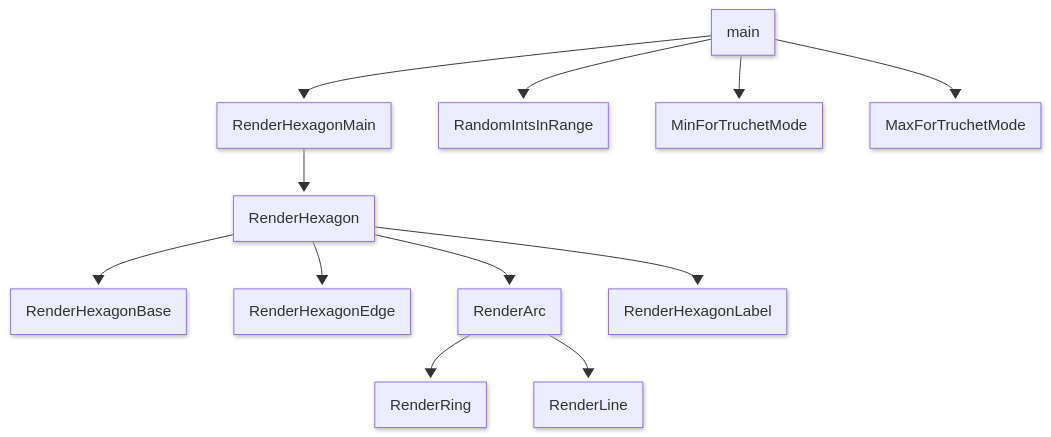
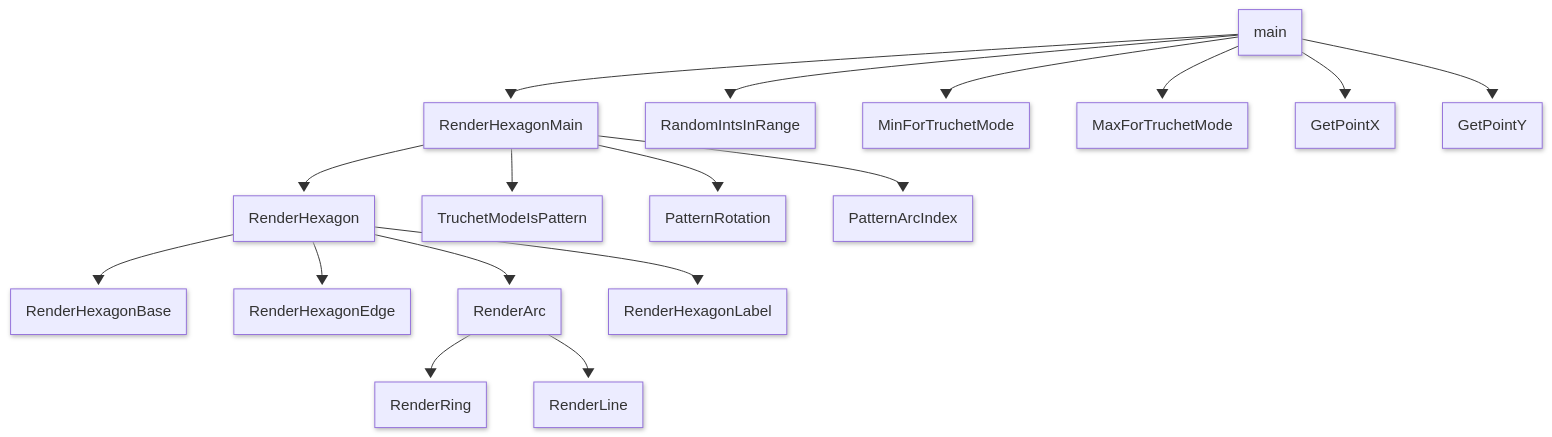
Before and after one commit to jeffbarr/TruchetTilings: the diagram in hexagons_truchet_flow.mermaid, drawn with Mermaid.

Commit message:
Add more functions

```diff
--- a/hexagons_truchet_flow.mermaid
+++ b/hexagons_truchet_flow.mermaid
@@ -1,21 +1,26 @@
 ---
 config:
   theme: mc
   look: neo
 ---
 flowchart TD
     main
     main --> RenderHexagonMain
     main --> RandomIntsInRange
     main --> MinForTruchetMode
     main --> MaxForTruchetMode
+    main --> GetPointX
+    main --> GetPointY
 
     RenderHexagonMain --> RenderHexagon
+    RenderHexagonMain --> TruchetModeIsPattern
+    RenderHexagonMain --> PatternRotation
+    RenderHexagonMain --> PatternArcIndex
 
     RenderHexagon --> RenderHexagonBase
     RenderHexagon --> RenderHexagonEdge
     RenderHexagon --> RenderArc
     RenderHexagon --> RenderHexagonLabel
 
     RenderArc --> RenderRing
     RenderArc --> RenderLine
```
